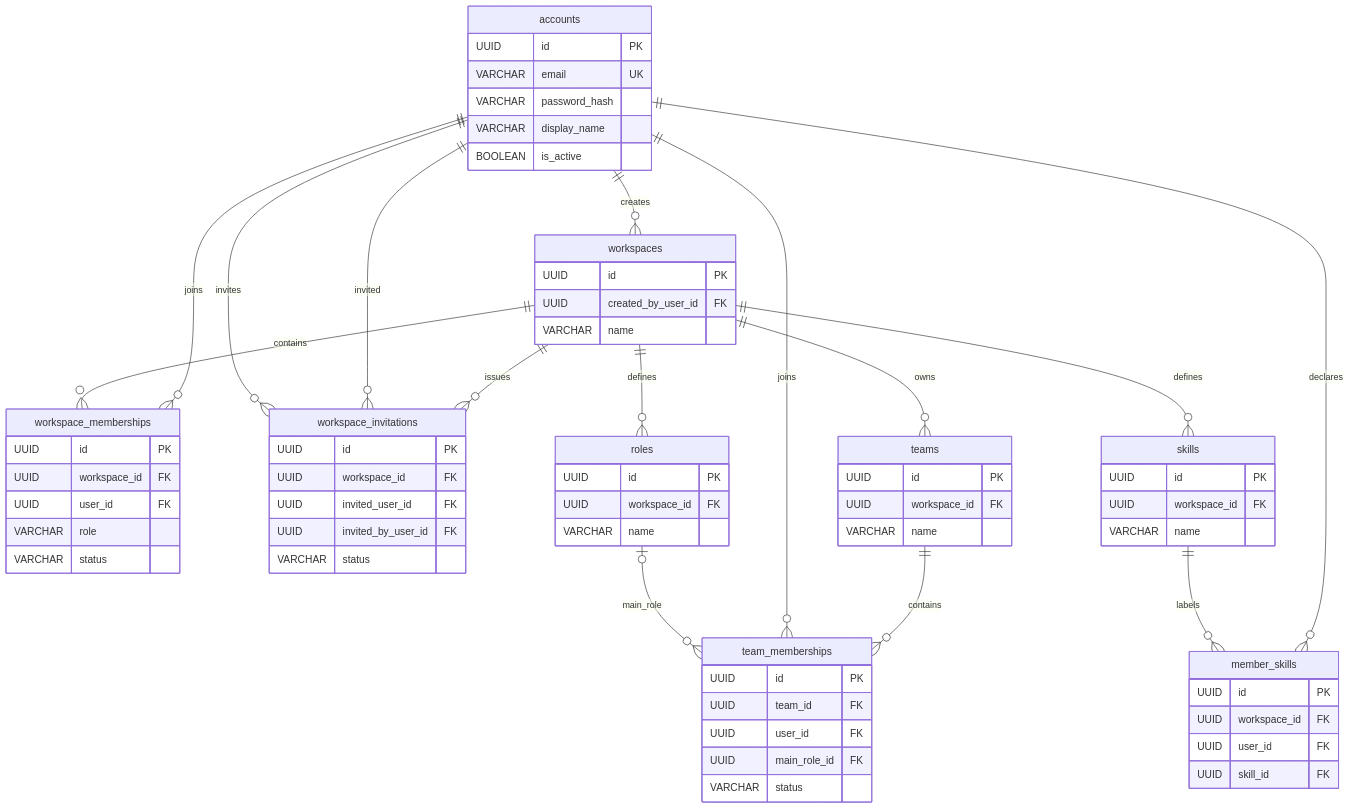
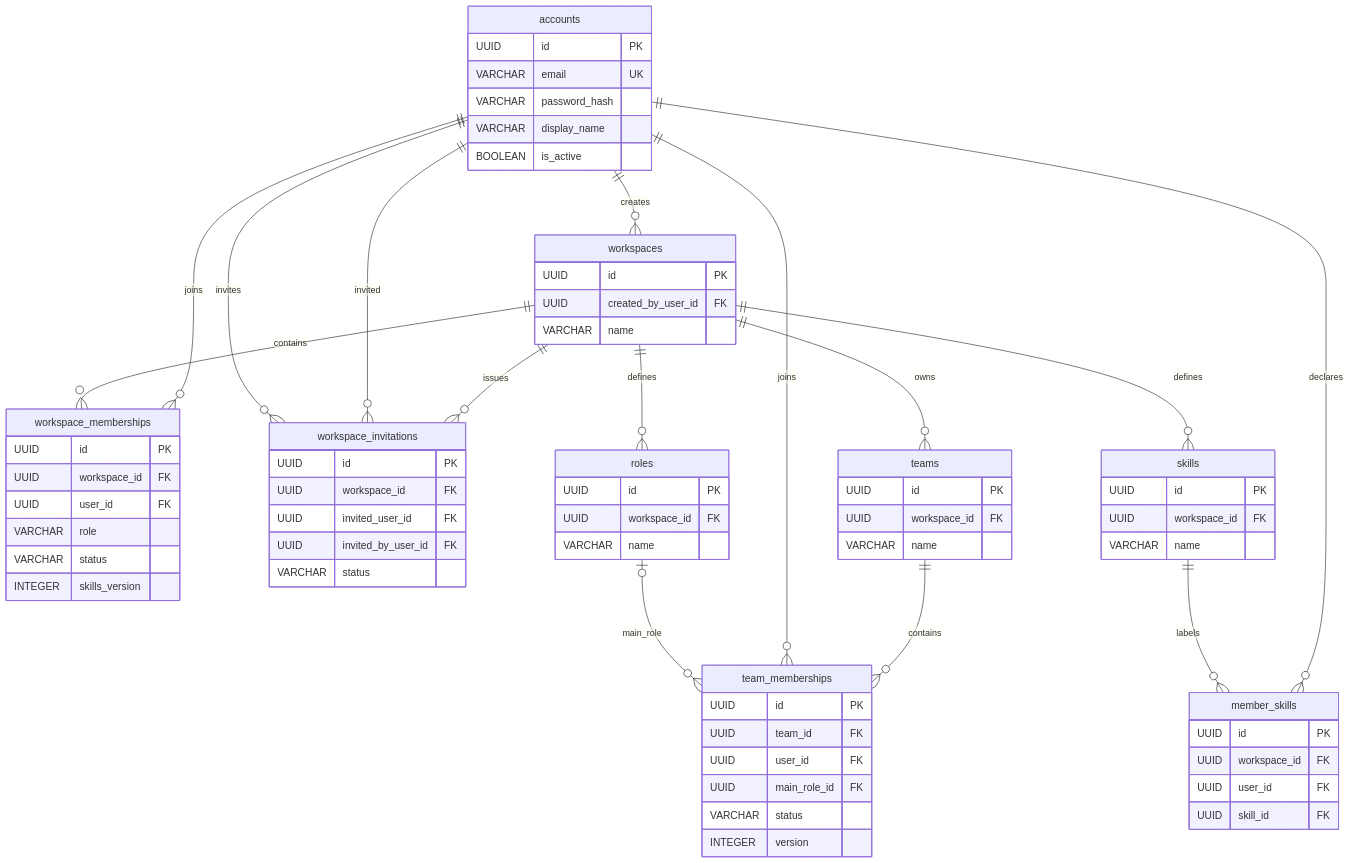
One commit to KhoiTran2905/CWRM-platform changed the first of 3 diagrams in docs/architecture/CWRM-11_ERD.md. Above: the diagram before and after it, drawn with Mermaid. The commit also changed other lines of this file and 2 other files, not shown here.

````diff
--- a/docs/architecture/CWRM-11_ERD.md
+++ b/docs/architecture/CWRM-11_ERD.md
@@ -16,71 +16,73 @@
 ```mermaid
 erDiagram
     accounts {
         UUID id PK
         VARCHAR email UK
         VARCHAR password_hash
         VARCHAR display_name
         BOOLEAN is_active
     }
     workspaces {
         UUID id PK
         UUID created_by_user_id FK
         VARCHAR name
     }
     workspace_memberships {
         UUID id PK
         UUID workspace_id FK
         UUID user_id FK
         VARCHAR role
         VARCHAR status
+        INTEGER skills_version
     }
     workspace_invitations {
         UUID id PK
         UUID workspace_id FK
         UUID invited_user_id FK
         UUID invited_by_user_id FK
         VARCHAR status
     }
     teams {
         UUID id PK
         UUID workspace_id FK
         VARCHAR name
     }
     team_memberships {
         UUID id PK
         UUID team_id FK
         UUID user_id FK
         UUID main_role_id FK
         VARCHAR status
+        INTEGER version
     }
     roles {
         UUID id PK
         UUID workspace_id FK
         VARCHAR name
     }
     skills {
         UUID id PK
         UUID workspace_id FK
         VARCHAR name
     }
     member_skills {
         UUID id PK
         UUID workspace_id FK
         UUID user_id FK
         UUID skill_id FK
     }
     accounts ||--o{ workspaces : creates
     accounts ||--o{ workspace_memberships : joins
     workspaces ||--o{ workspace_memberships : contains
     workspaces ||--o{ workspace_invitations : issues
     accounts ||--o{ workspace_invitations : invited
     accounts ||--o{ workspace_invitations : invites
     workspaces ||--o{ teams : owns
     teams ||--o{ team_memberships : contains
     accounts ||--o{ team_memberships : joins
     workspaces ||--o{ roles : defines
     roles o|--o{ team_memberships : main_role
     workspaces ||--o{ skills : defines
     accounts ||--o{ member_skills : declares
     skills ||--o{ member_skills : labels
 ```
````
